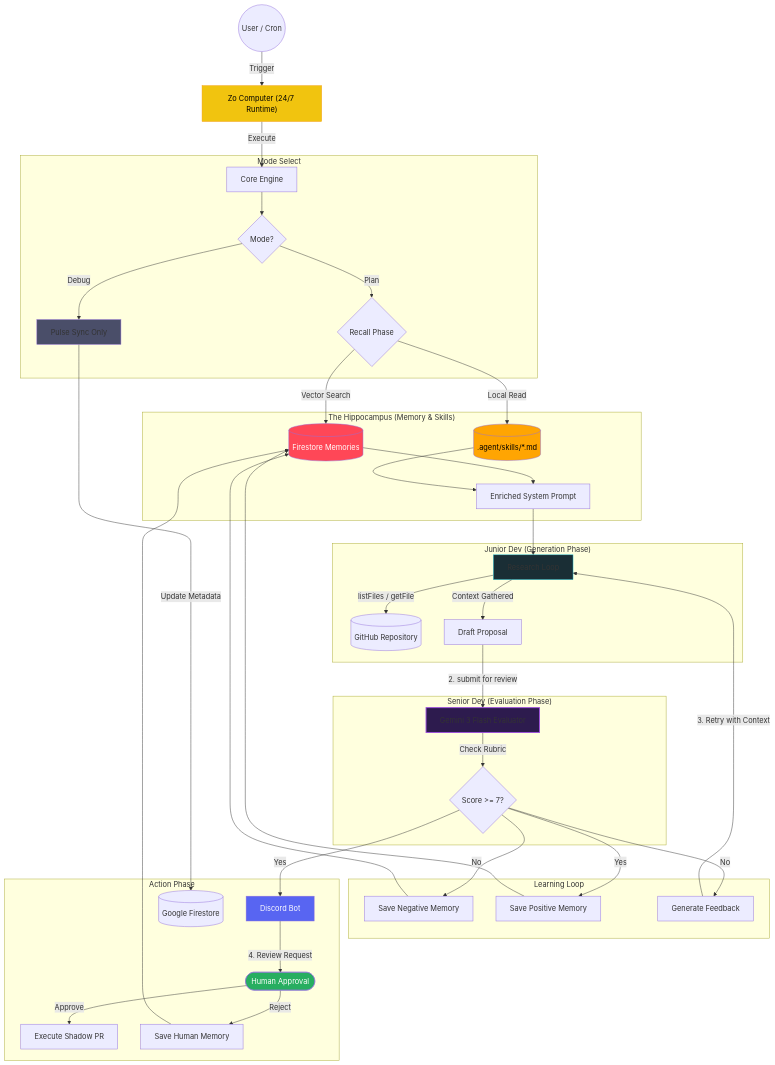
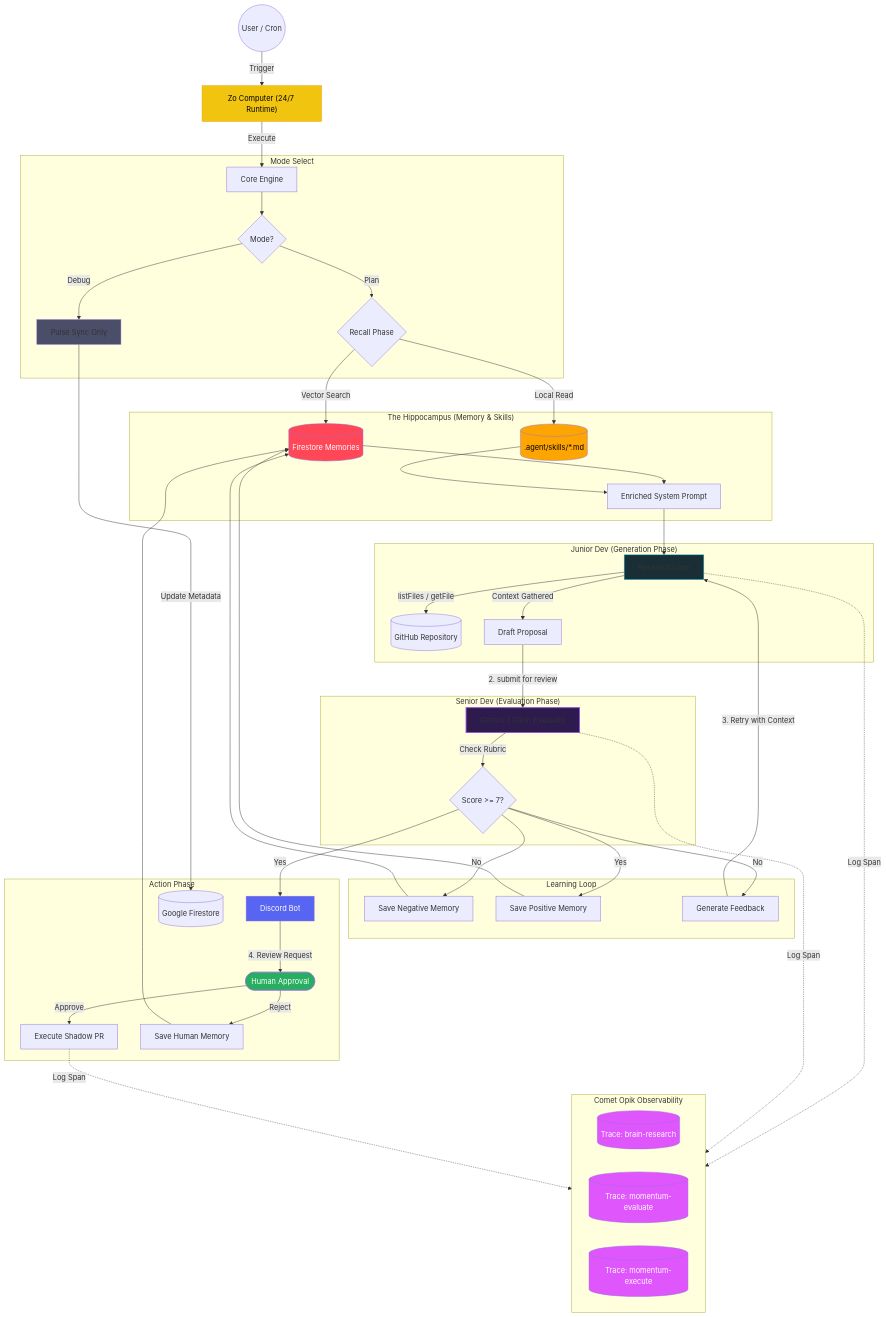
The diagram in workflow_architecture.md (nashy3k/momentum-shadow-dev), drawn with Mermaid before and after one commit. The commit also changed other lines of this file, not shown here.

Commit message:
docs: fix mermaid syntax and finalize opik architecture docs

````diff
--- a/workflow_architecture.md
+++ b/workflow_architecture.md
@@ -15,54 +15,71 @@
 ```mermaid
 graph TD
     UserEnd(("User / Cron")) -->|Trigger| ZoHost["Zo Computer (24/7 Runtime)"]
     ZoHost -->|Execute| Core[Core Engine]
     
     subgraph "Mode Select"
         Core --> Mode{Mode?}
         Mode -->|Debug| Sync[Pulse Sync Only]
         Mode -->|Plan| Recall{Recall Phase}
     end
 
     subgraph "The Hippocampus (Memory & Skills)"
         Recall -->|Vector Search| Memories[("Firestore Memories")]
         Recall -->|Local Read| Skills[(".agent/skills/*.md")]
         Memories & Skills --> Enriched[Enriched System Prompt]
     end
 
     subgraph "Junior Dev (Generation Phase)"
         Enriched --> Research[Research Loop]
         Research -->|"listFiles / getFile"| Repo[("GitHub Repository")]
         Research -->|"Context Gathered"| Draft[Draft Proposal]
     end
 
     subgraph "Senior Dev (Evaluation Phase)"
         Draft -->|"2. submit for review"| Evaluator[Gemini 3 Flash Evaluator]
         Evaluator -->|"Check Rubric"| Score{"Score >= 7?"}
     end
 
     subgraph "Learning Loop"
         Score -->|"No"| LearnF[Save Negative Memory]
         Score -->|"Yes"| LearnS[Save Positive Memory]
         LearnF & LearnS --> Memories
         Score -->|"No"| Feedback["Generate Feedback"]
         Feedback -->|"3. Retry with Context"| Research
     end
 
     subgraph "Action Phase"
         Score -->|"Yes"| Discord[Discord Bot]
         Sync -->|Update Metadata| DB[("Google Firestore")]
         Discord -->|"4. Review Request"| UserReview(["Human Approval"])
         UserReview -->|"Approve"| Push[Execute Shadow PR]
         UserReview -->|"Reject"| LearnH[Save Human Memory]
         LearnH --> Memories
     end
 
     style Evaluator fill:#2d1b4e,stroke:#9d4edd,stroke-width:2px
     style Research fill:#1a2e35,stroke:#26c6da
     style Discord fill:#5865F2,color:white
     style Sync fill:#4a4e69
     style ZoHost fill:#f1c40f,color:black,stroke:#f39c12
     style Memories fill:#ff4757,color:white
     style Skills fill:#ffa502,color:black
     style UserReview fill:#27ae60,color:white
+    style UserReview fill:#27ae60,color:white
+
+    %% Opik Tracing Layer
+    subgraph "Comet Opik Observability"
+        direction LR
+        Trace1[("Trace: brain-research")] 
+        Trace2[("Trace: momentum-evaluate")]
+        Trace3[("Trace: momentum-execute")]
+    end
+
+    Research -.->|"Log Span"| Trace1
+    Evaluator -.->|"Log Span"| Trace2
+    Push -.->|"Log Span"| Trace3
+    
+    style Trace1 fill:#e056fd,color:white
+    style Trace2 fill:#e056fd,color:white
+    style Trace3 fill:#e056fd,color:white
 ```
````
